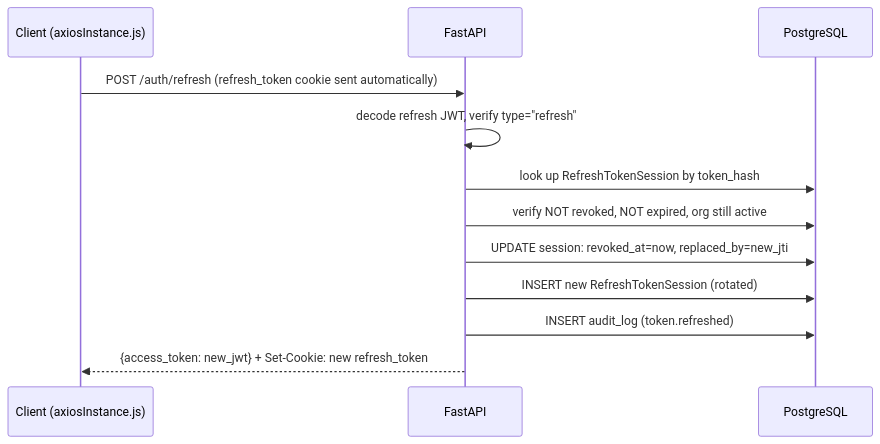
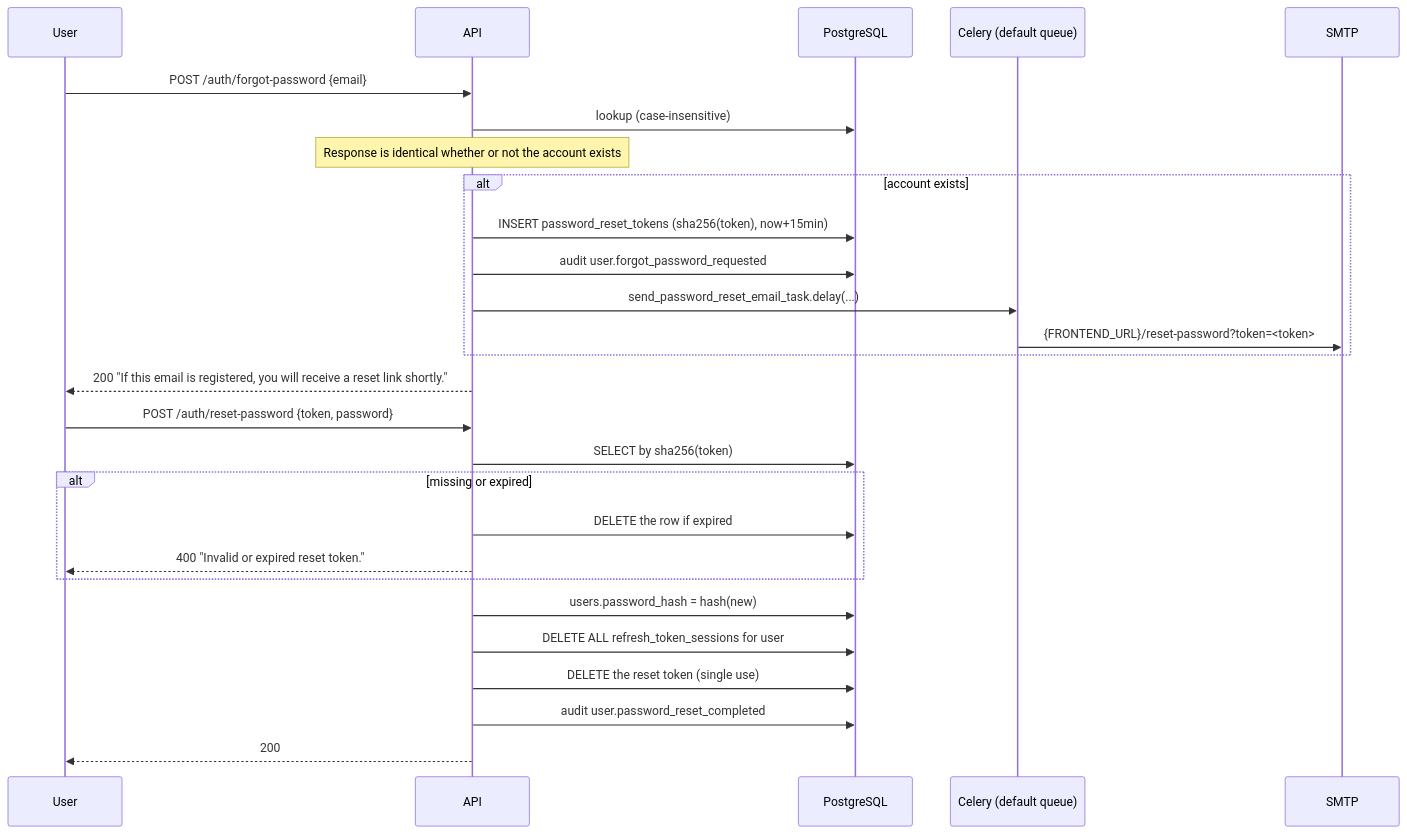
Before and after one commit to pankajkumar2498/CCure-PRO: the third of 6 diagrams in docs/AUTHENTICATION_AND_AUTHORIZATION.md, drawn with Mermaid. The commit also changed other lines of this file and 8 other files, not shown here.

````diff
--- a/docs/AUTHENTICATION_AND_AUTHORIZATION.md
+++ b/docs/AUTHENTICATION_AND_AUTHORIZATION.md
@@ -72,15 +229,31 @@
 ```mermaid
 sequenceDiagram
-    participant C as Client (axiosInstance.js)
-    participant API as FastAPI
+    participant U as User
+    participant A as API
     participant DB as PostgreSQL
+    participant C as Celery (default queue)
+    participant M as SMTP
 
-    C->>API: POST /auth/refresh (refresh_token cookie sent automatically)
-    API->>API: decode refresh JWT, verify type="refresh"
-    API->>DB: look up RefreshTokenSession by token_hash
-    API->>DB: verify NOT revoked, NOT expired, org still active
-    API->>DB: UPDATE session: revoked_at=now, replaced_by=new_jti
-    API->>DB: INSERT new RefreshTokenSession (rotated)
-    API->>DB: INSERT audit_log (token.refreshed)
-    API-->>C: {access_token: new_jwt} + Set-Cookie: new refresh_token
+    U->>A: POST /auth/forgot-password {email}
+    A->>DB: lookup (case-insensitive)
+    Note over A: Response is identical whether or not the account exists
+    alt account exists
+        A->>DB: INSERT password_reset_tokens (sha256(token), now+15min)
+        A->>DB: audit user.forgot_password_requested
+        A->>C: send_password_reset_email_task.delay(...)
+        C->>M: {FRONTEND_URL}/reset-password?token=<token>
+    end
+    A-->>U: 200 "If this email is registered, you will receive a reset link shortly."
+
+    U->>A: POST /auth/reset-password {token, password}
+    A->>DB: SELECT by sha256(token)
+    alt missing or expired
+        A->>DB: DELETE the row if expired
+        A-->>U: 400 "Invalid or expired reset token."
+    end
+    A->>DB: users.password_hash = hash(new)
+    A->>DB: DELETE ALL refresh_token_sessions for user
+    A->>DB: DELETE the reset token (single use)
+    A->>DB: audit user.password_reset_completed
+    A-->>U: 200
 ```
````
